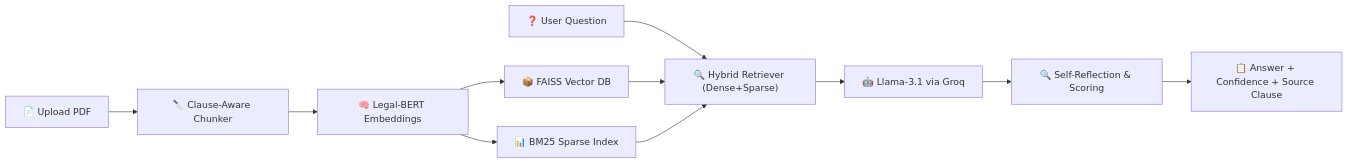
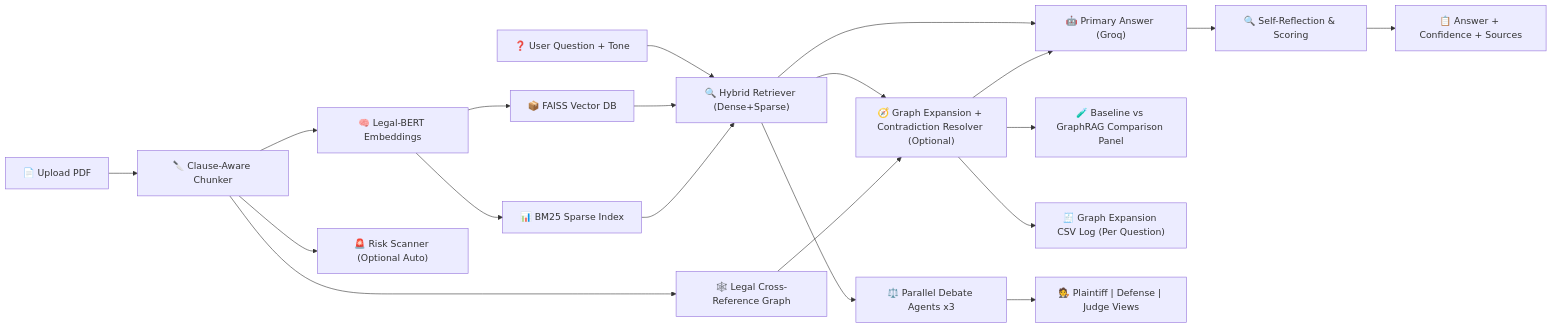
The diagram in README.md (Aashik1701/Vertisa-AI), drawn with Mermaid before and after one commit. The commit also changed other lines of this file and 3 other files, not shown here.

First line of the commit message:
Add GraphRAG cross-reference resolver and claim grounding audit features

````diff
--- a/README.md
+++ b/README.md
@@ -30,13 +42,22 @@
 ```mermaid
 graph LR
     A["📄 Upload PDF"] --> B["🔪 Clause-Aware Chunker"]
+   B --> X["🕸️ Legal Cross-Reference Graph"]
     B --> C["🧠 Legal-BERT Embeddings"]
+   B --> R["🚨 Risk Scanner (Optional Auto)"]
     C --> D["📦 FAISS Vector DB"]
     C --> E["📊 BM25 Sparse Index"]
-    F["❓ User Question"] --> G["🔍 Hybrid Retriever (Dense+Sparse)"]
+   F["❓ User Question + Tone"] --> G["🔍 Hybrid Retriever (Dense+Sparse)"]
     D --> G
     E --> G
-    G --> H["🤖 Llama-3.1 via Groq"]
-    H --> I["🔍 Self-Reflection & Scoring"]
-    I --> J["📋 Answer + Confidence + Source Clause"]
+   G --> Y["🧭 Graph Expansion + Contradiction Resolver (Optional)"]
+   X --> Y
+   G --> H["🤖 Primary Answer (Groq)"]
+   Y --> H
+   Y --> M["🧪 Baseline vs GraphRAG Comparison Panel"]
+   Y --> N["🧾 Graph Expansion CSV Log (Per Question)"]
+   H --> I["🔍 Self-Reflection & Scoring"]
+   G --> K["⚖️ Parallel Debate Agents x3"]
+   I --> J["📋 Answer + Confidence + Sources"]
+   K --> L["🧑‍⚖️ Plaintiff | Defense | Judge Views"]
 ```
````
